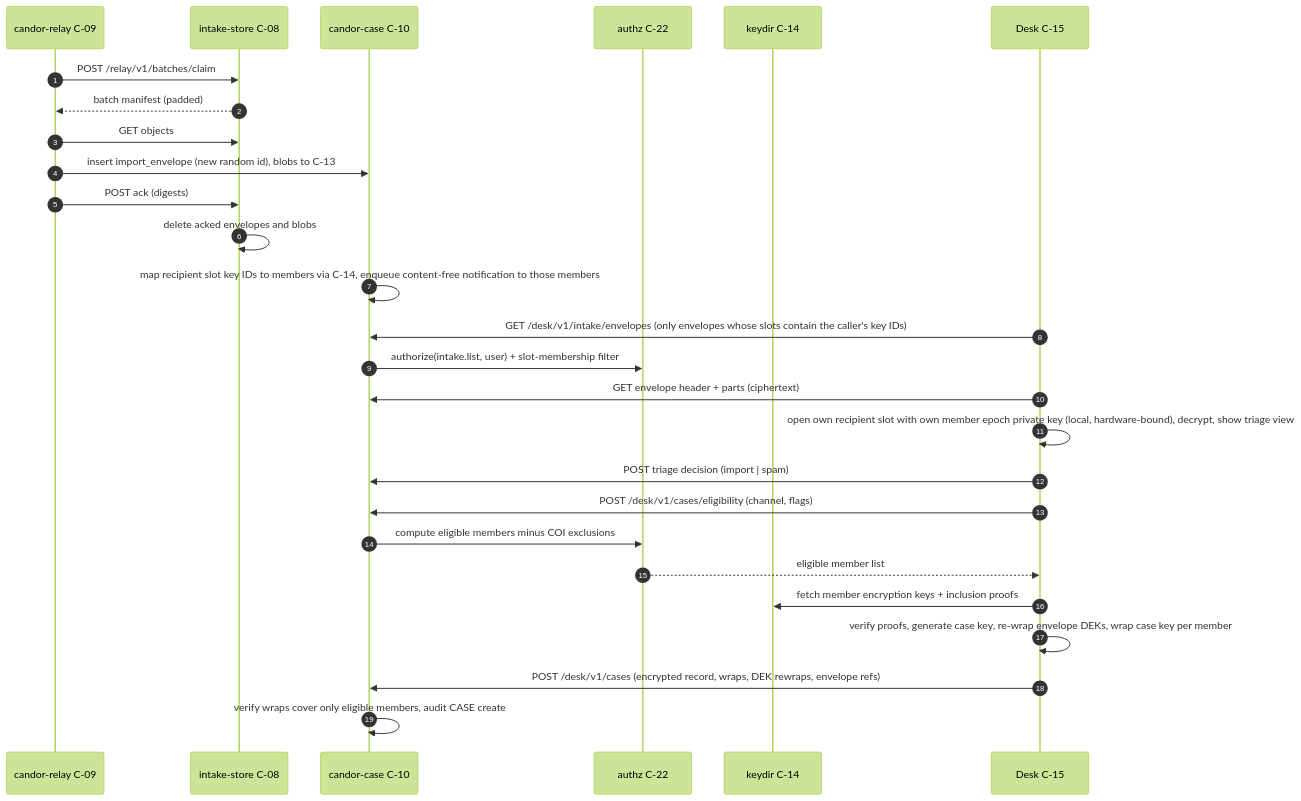
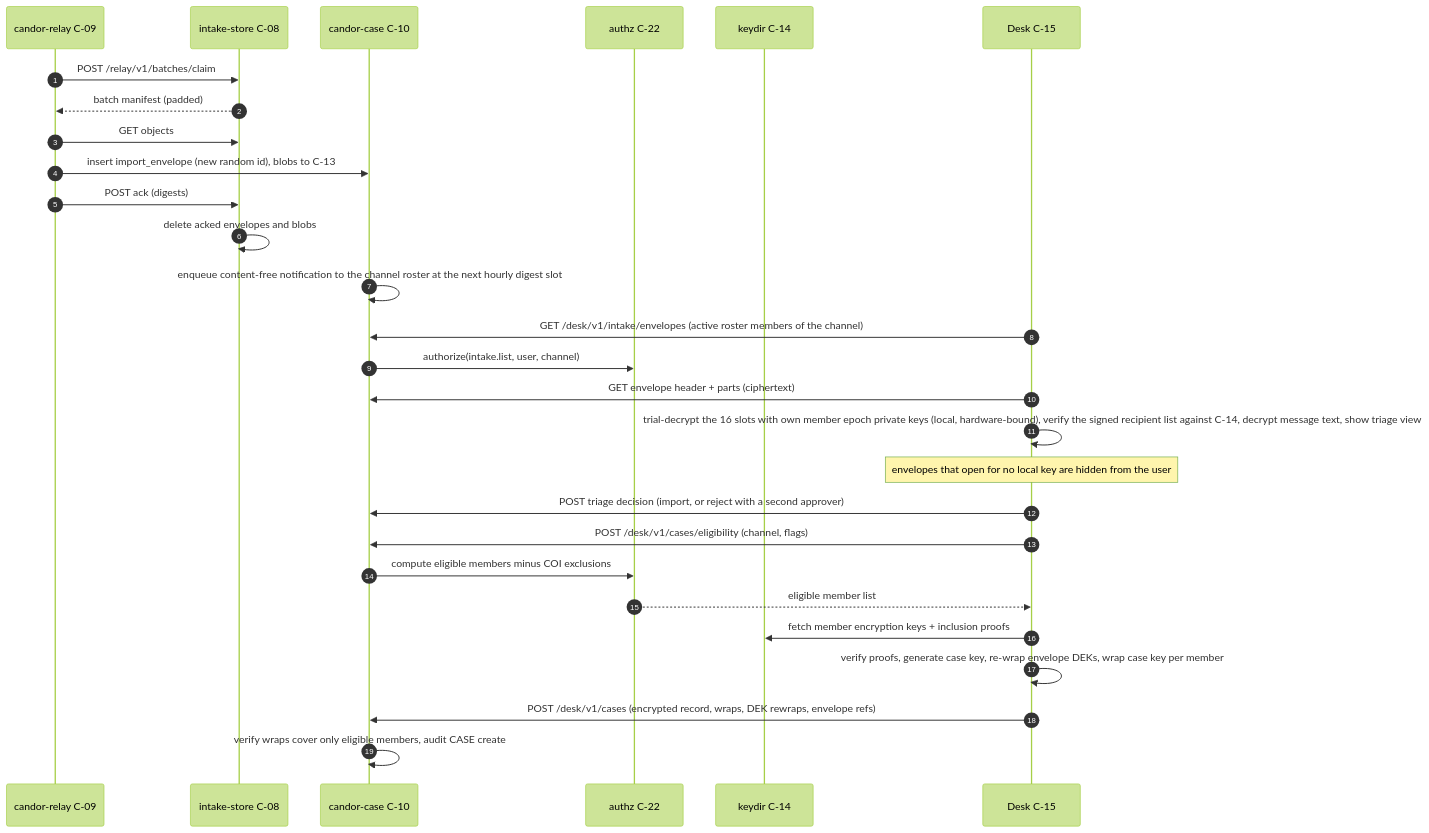
Before and after one commit to djshellshoxxx/leaks: the ninth of 12 diagrams in specs/06-SYSTEM-ARCHITECTURE.md, drawn with Mermaid (forest theme). The commit also changed other lines of this file and 17 other files, not shown here.

````diff
--- a/specs/06-SYSTEM-ARCHITECTURE.md
+++ b/specs/06-SYSTEM-ARCHITECTURE.md
@@ -438,29 +440,30 @@
 ```mermaid
 sequenceDiagram
   autonumber
   participant R as candor-relay C-09
   participant I as intake-store C-08
   participant C as candor-case C-10
   participant Z as authz C-22
   participant K as keydir C-14
   participant D as Desk C-15
   R->>I: POST /relay/v1/batches/claim
   I-->>R: batch manifest (padded)
   R->>I: GET objects
   R->>C: insert import_envelope (new random id), blobs to C-13
   R->>I: POST ack (digests)
   I->>I: delete acked envelopes and blobs
-  C->>C: map recipient slot key IDs to members via C-14, enqueue content-free notification to those members
-  D->>C: GET /desk/v1/intake/envelopes (only envelopes whose slots contain the caller's key IDs)
-  C->>Z: authorize(intake.list, user) + slot-membership filter
+  C->>C: enqueue content-free notification to the channel roster at the next hourly digest slot
+  D->>C: GET /desk/v1/intake/envelopes (active roster members of the channel)
+  C->>Z: authorize(intake.list, user, channel)
   D->>C: GET envelope header + parts (ciphertext)
-  D->>D: open own recipient slot with own member epoch private key (local, hardware-bound), decrypt, show triage view
-  D->>C: POST triage decision (import | spam)
+  D->>D: trial-decrypt the 16 slots with own member epoch private keys (local, hardware-bound), verify the signed recipient list against C-14, decrypt message text, show triage view
+  Note over D: envelopes that open for no local key are hidden from the user
+  D->>C: POST triage decision (import, or reject with a second approver)
   D->>C: POST /desk/v1/cases/eligibility (channel, flags)
   C->>Z: compute eligible members minus COI exclusions
   Z-->>D: eligible member list
   D->>K: fetch member encryption keys + inclusion proofs
   D->>D: verify proofs, generate case key, re-wrap envelope DEKs, wrap case key per member
   D->>C: POST /desk/v1/cases (encrypted record, wraps, DEK rewraps, envelope refs)
   C->>C: verify wraps cover only eligible members, audit CASE create
 ```
````
